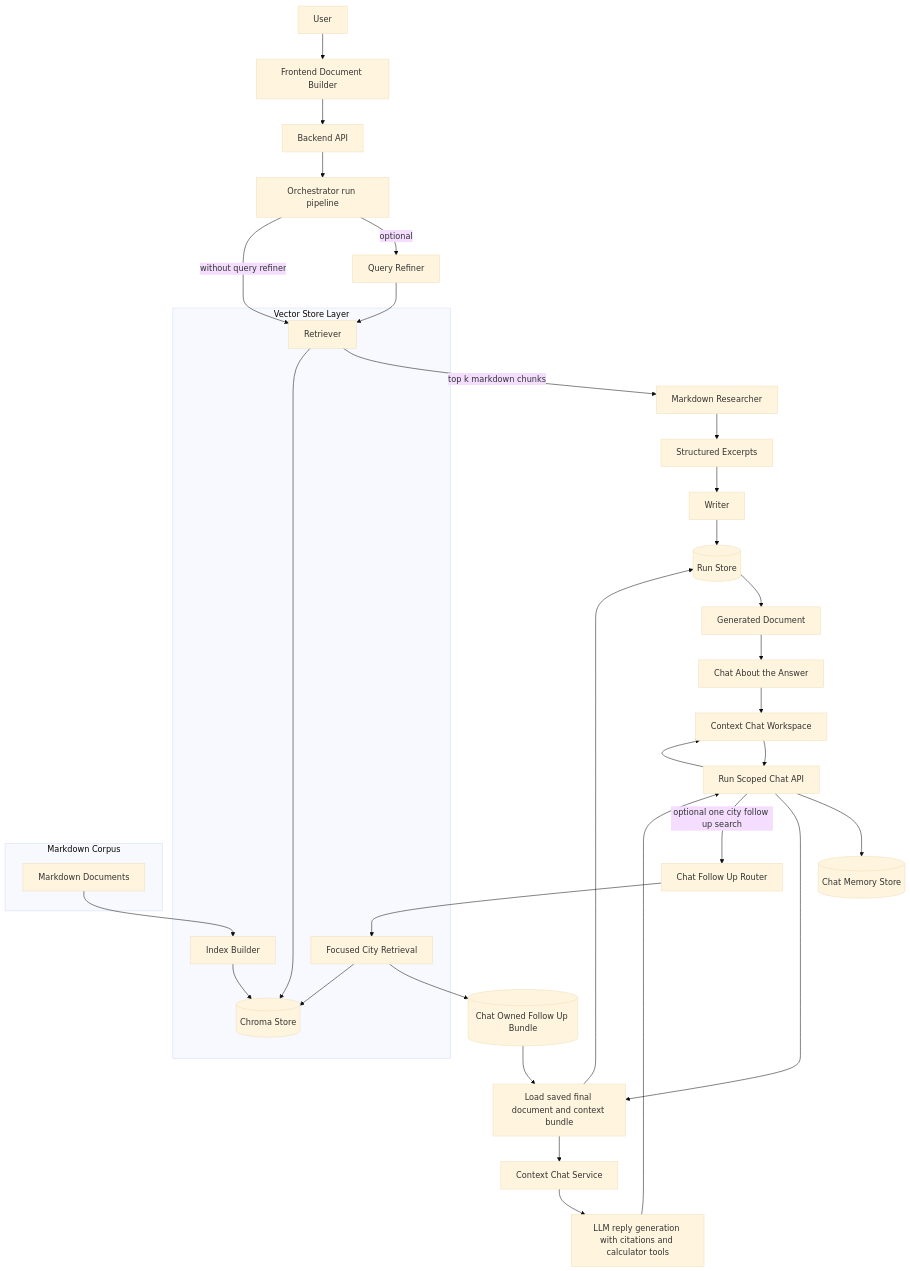
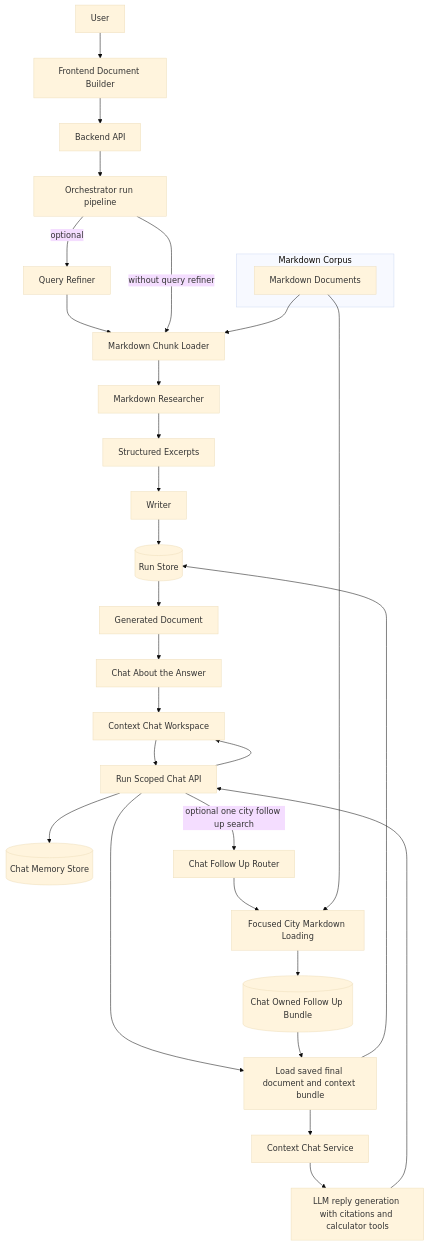
Before and after one commit to Open-Earth-Foundation/Query_mechanism_urbind: the diagram in target-architecture.md, drawn with Mermaid (base theme). The commit also changed other lines of this file and 56 other files, not shown here.

````diff
--- a/target-architecture.md
+++ b/target-architecture.md
@@ -1,46 +1,39 @@
 ```mermaid
 flowchart TD
   U[User] --> FE[Frontend Document Builder]
   FE --> API[Backend API]
   API --> ORCH[Orchestrator run pipeline]
 
   ORCH -->|optional| QR[Query Refiner]
-  QR --> RET[Retriever]
-  ORCH -->|without query refiner| RET
+  QR --> MDLOAD[Markdown Chunk Loader]
+  ORCH -->|without query refiner| MDLOAD
 
-  RET -->|top k markdown chunks| MR[Markdown Researcher]
+  MDLOAD --> MR[Markdown Researcher]
   MR --> EX[Structured Excerpts]
   EX --> WR[Writer]
   WR --> RUN[(Run Store)]
   RUN --> OUT[Generated Document]
 
   OUT --> CHATBTN[Chat About the Answer]
   CHATBTN --> CHATUI[Context Chat Workspace]
   CHATUI --> CHATAPI[Run Scoped Chat API]
   CHATAPI --> MEM[(Chat Memory Store)]
   CHATAPI --> LOAD[Load saved final document and context bundle]
   LOAD --> RUN
   LOAD --> CHATSRV[Context Chat Service]
   CHATSRV --> LLM[LLM reply generation with citations and calculator tools]
   LLM --> CHATAPI
   CHATAPI --> CHATUI
 
   CHATAPI -->|optional one city follow up search| FROUTE[Chat Follow Up Router]
-  FROUTE --> FRET[Focused City Retrieval]
-  FRET --> FB[(Chat Owned Follow Up Bundle)]
+  FROUTE --> FLOAD[Focused City Markdown Loading]
+  FLOAD --> FB[(Chat Owned Follow Up Bundle)]
   FB --> LOAD
-
-  subgraph VS[Vector Store Layer]
-    IDX[Index Builder]
-    CH[(Chroma Store)]
-    IDX --> CH
-    RET --> CH
-    FRET --> CH
-  end
 
   subgraph DOCS[Markdown Corpus]
     MD[Markdown Documents]
   end
 
-  MD --> IDX
+  MD --> MDLOAD
+  MD --> FLOAD
 ```
````
